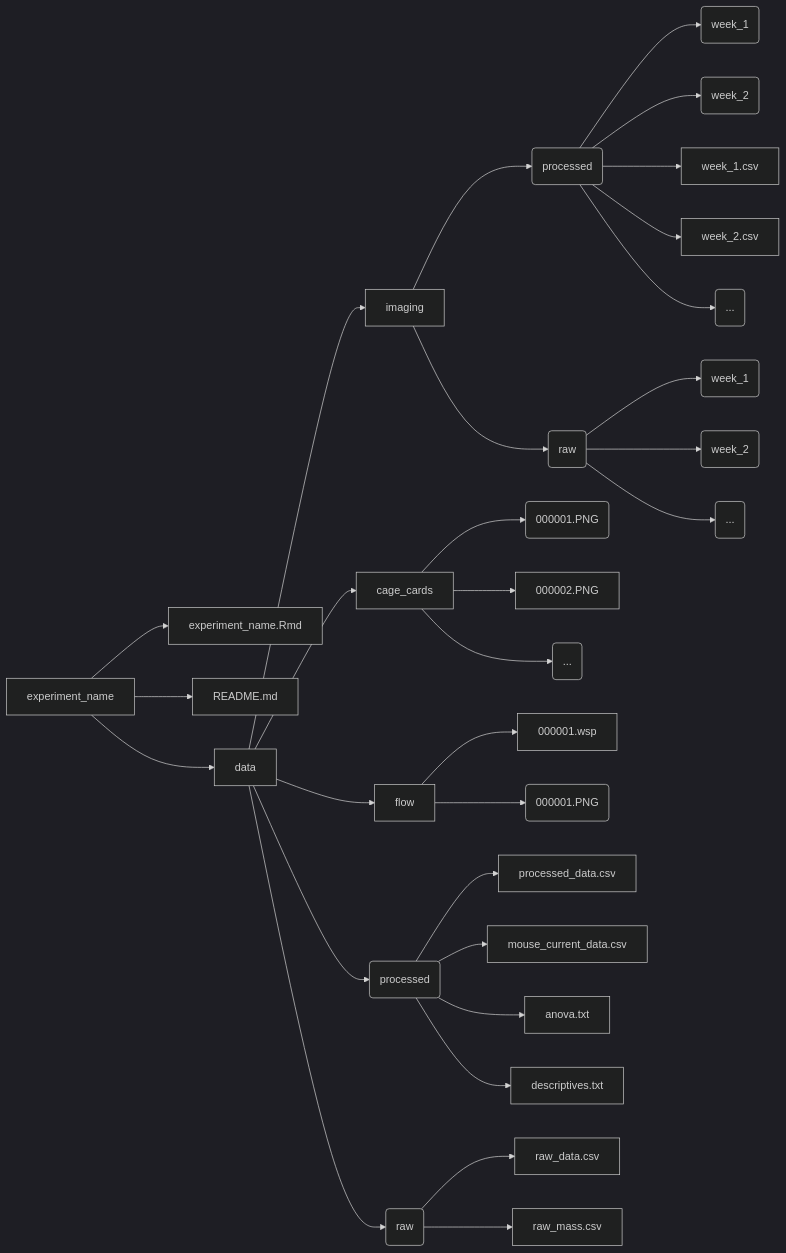
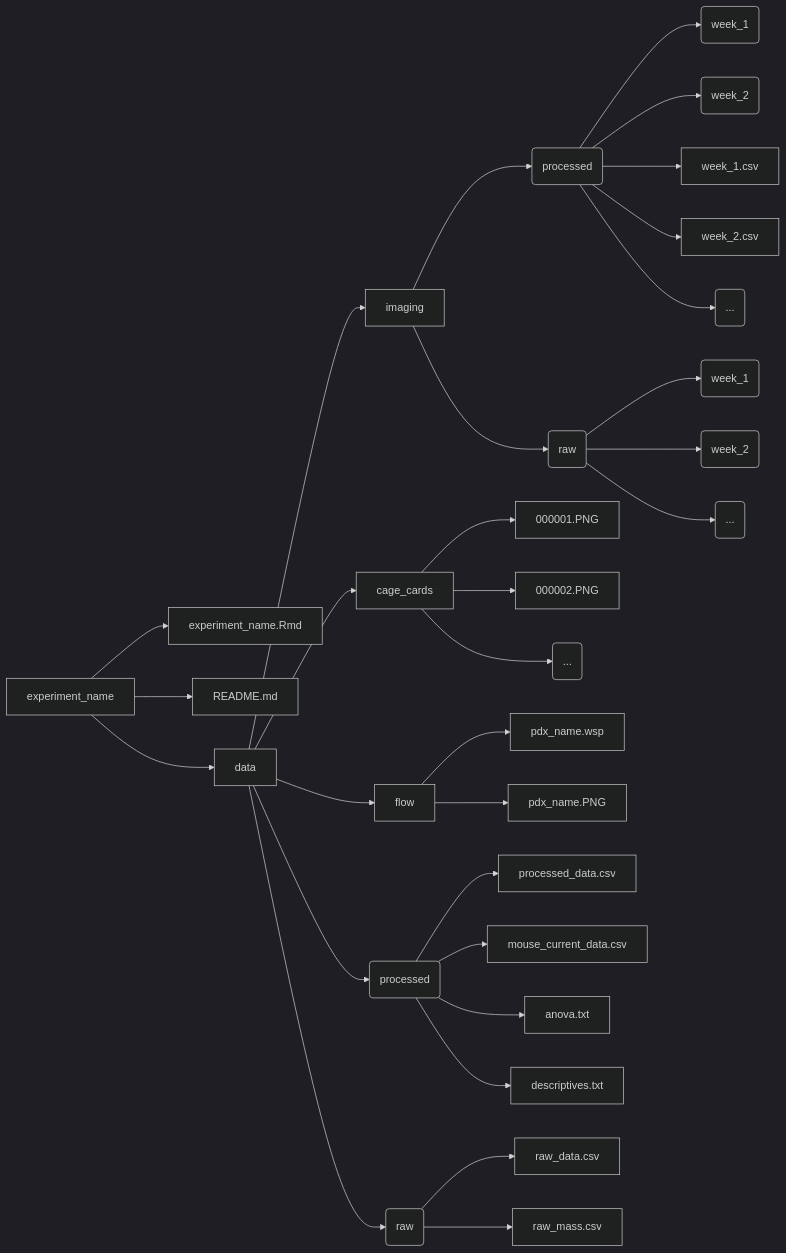
The diagram in README.md (mmccoy-01/bioluminescent_imaging_experimental_template), drawn with Mermaid (dark theme) before and after one commit. The commit also changed other lines of this file, not shown here.

````diff
--- a/README.md
+++ b/README.md
@@ -50,44 +50,44 @@
 ```mermaid
 graph LR
 experiment_name --> experiment_name.Rmd
 experiment_name --> README.md
 experiment_name --> data
 
 data --> imaging
 
 imaging --> G(processed)
 
 G(processed) --> A(week_1)
 G(processed) --> B(week_2)
 G(processed) --> week_1.csv
 G(processed) --> week_2.csv
 G(processed) --> I(...)
 
 imaging --> E(raw)
 
 E(raw) --> C(week_1)
 E(raw) --> D(week_2)
 E(raw) --> J(...)
 
 data --> cage_cards
 
-cage_cards --> M(000001.PNG)
+cage_cards --> 000001.PNG
 cage_cards --> 000002.PNG
 cage_cards --> K(...)
 
 data --> flow
 
-flow --> 000001.wsp
-flow --> L(000001.PNG)
+flow --> pdx_name.wsp
+flow --> pdx_name.PNG
 
 data --> H(processed)
 
 H(processed) --> processed_data.csv
 H(processed) --> mouse_current_data.csv
 H(processed) --> anova.txt
 H(processed) --> descriptives.txt
 data --> F(raw)
 
 F(raw) --> raw_data.csv
 F(raw) --> raw_mass.csv
 ```
````
